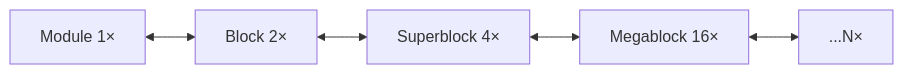
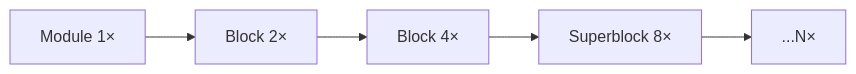
Before and after one commit to DeltaSignum/Dynamic-Zero: the second of 2 diagrams in docs/theory.md, drawn with Mermaid.

````diff
--- a/docs/theory.md
+++ b/docs/theory.md
@@ -134,7 +134,7 @@
 ```mermaid
 graph LR
-    A[Module 1×] <--> B[Block 2×]
-    B <--> C[Superblock 4×]
-    C <--> D[Megablock 16×]
-    D <--> E[...N×]
+    A[Module 1×] --> B[Block 2×]
+    B --> C[Block 4×]
+    C --> D[Superblock 8×]
+    D --> E[...N×]
 ```
````
